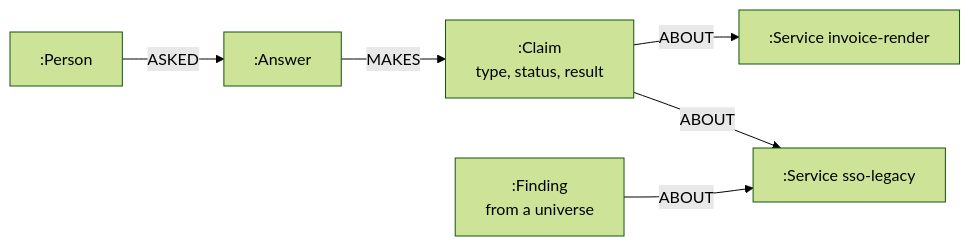
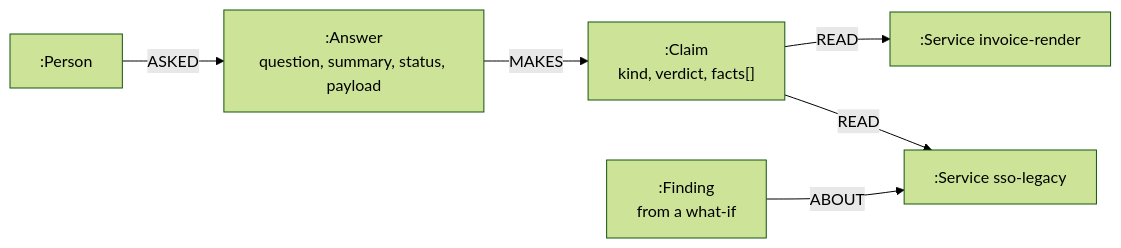
The third of 3 diagrams in docs/graph-model.md (Piyush-Rawat-08/Orion), drawn with Mermaid (forest theme) before and after one commit. The commit also changed other lines of this file and 26 other files, not shown here.

````diff
--- a/docs/graph-model.md
+++ b/docs/graph-model.md
@@ -100,7 +103,7 @@
 ```mermaid
 flowchart LR
-  P[":Person"] -- ASKED --> A[":Answer"] -- MAKES --> C[":Claim<br/>type, status, result"]
-  C -- ABOUT --> S[":Service invoice-render"]
-  C -- ABOUT --> T[":Service sso-legacy"]
-  F[":Finding<br/>from a universe"] -- ABOUT --> T
+  P[":Person"] -- ASKED --> A[":Answer<br/>question, summary, status, payload"] -- MAKES --> C[":Claim<br/>kind, verdict, facts[]"]
+  C -- READ --> S[":Service invoice-render"]
+  C -- READ --> T[":Service sso-legacy"]
+  F[":Finding<br/>from a what-if"] -- ABOUT --> T
 ```
````
